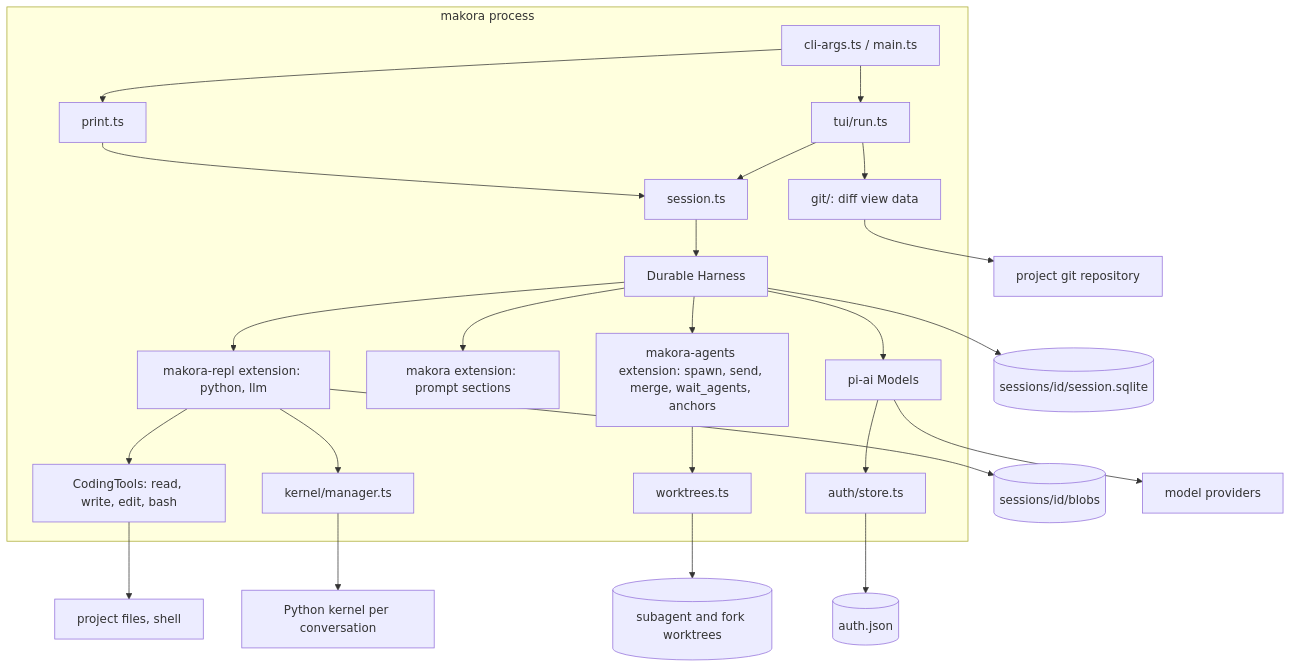
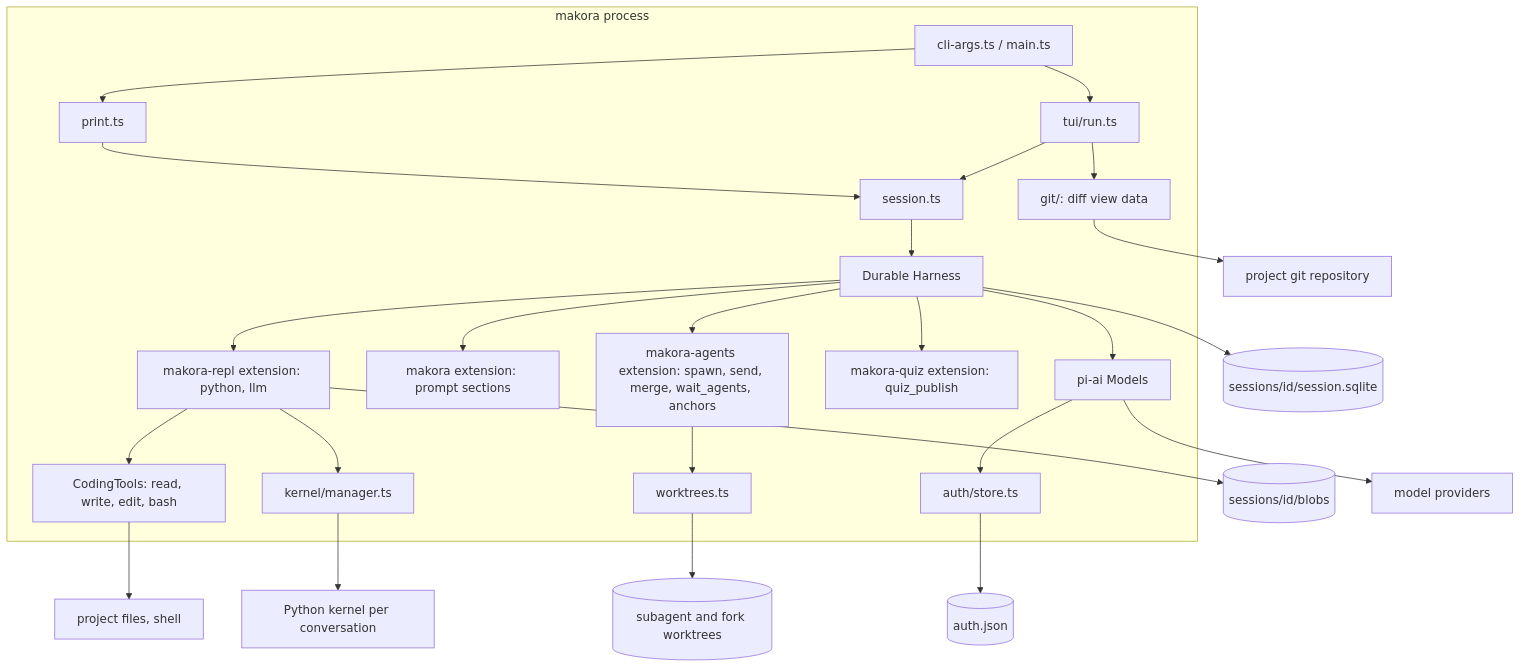
The diagram in docs/architecture/overview.md (mr-jones123/makora), drawn with Mermaid before and after one commit. The commit also changed other lines of this file and 41 other files, not shown here.

First line of the commit message:
feat: makora /quiz, a standalone HTML quiz on what a session built and decided

````diff
--- a/docs/architecture/overview.md
+++ b/docs/architecture/overview.md
@@ -6,27 +6,28 @@
 ```mermaid
 flowchart TB
   subgraph process[makora process]
     CLI[cli-args.ts / main.ts] --> TUI[tui/run.ts]
     CLI --> PRINT[print.ts]
     TUI --> SESSION[session.ts]
     PRINT --> SESSION
     SESSION --> H[Durable Harness]
     H --> REPL[makora-repl extension: python, llm]
     H --> EXT[makora extension: prompt sections]
     H --> AG[makora-agents extension: spawn, send, merge, wait_agents, anchors]
     AG --> WTS[worktrees.ts]
+    H --> QZ[makora-quiz extension: quiz_publish]
     H --> MODELS[pi-ai Models]
     REPL --> TOOLS[CodingTools: read, write, edit, bash]
     REPL --> KM[kernel/manager.ts]
     MODELS --> AUTH[auth/store.ts]
     TUI --> GIT[git/: diff view data]
   end
   KM --> K[Python kernel per conversation]
   H --> DB[(sessions/id/session.sqlite)]
   REPL --> BLOBS[(sessions/id/blobs)]
   AUTH --> AJ[(auth.json)]
   TOOLS --> FS[project files, shell]
   GIT --> REPO[project git repository]
   WTS --> WT[(subagent and fork worktrees)]
   MODELS --> API[model providers]
 ```
````
